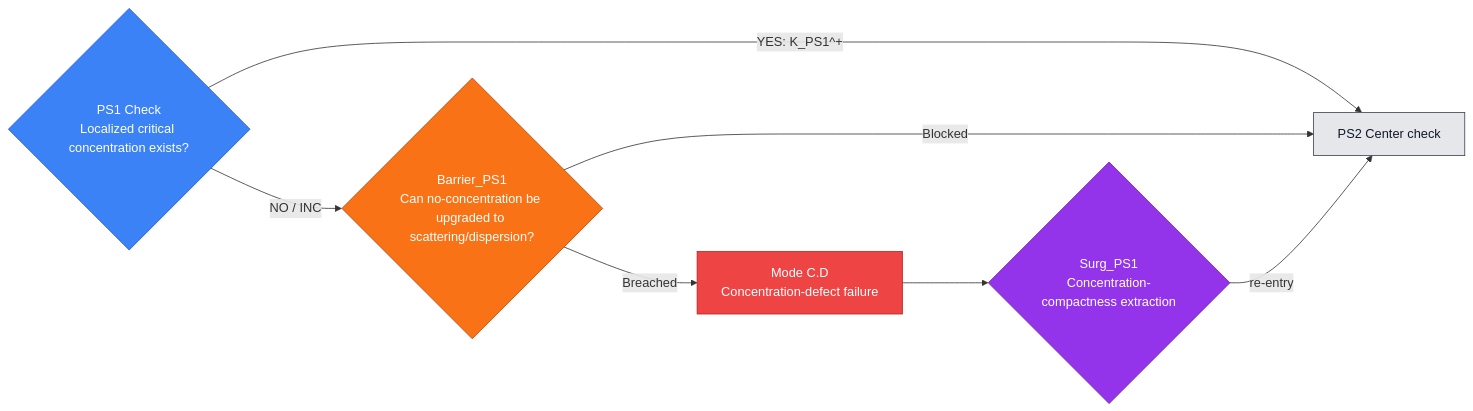
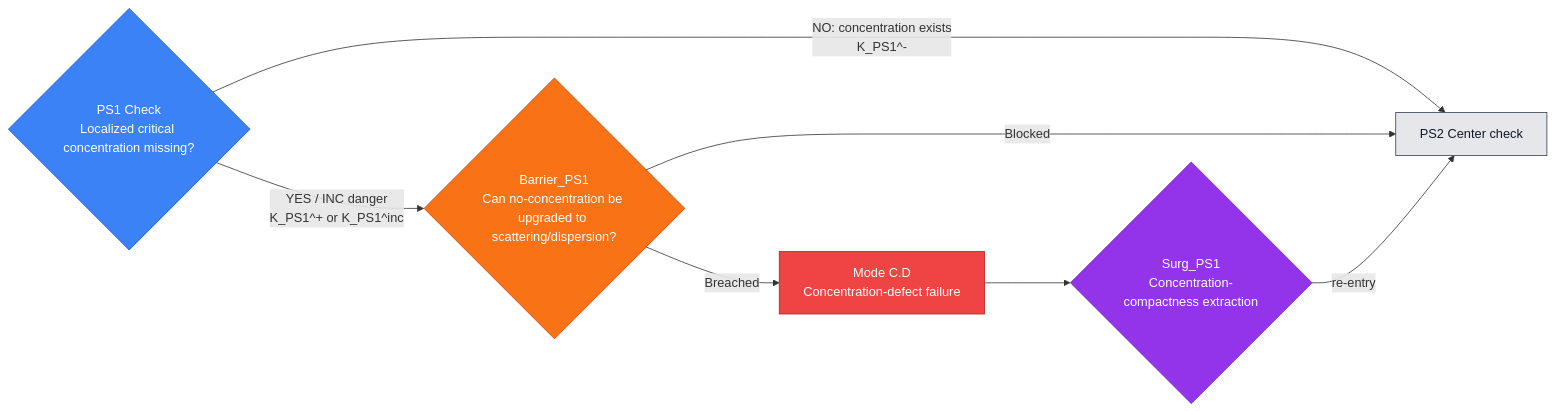
The seventh of 54 diagrams in docs/source/1_hypostructure_formalism/edits/new_sieve.md (Guillemdb/hypostructure), drawn with Mermaid before and after one commit. The commit also changed other lines of this file, not shown here.

````diff
--- a/docs/source/1_hypostructure_formalism/edits/new_sieve.md
+++ b/docs/source/1_hypostructure_formalism/edits/new_sieve.md
@@ -1080,23 +1099,23 @@
 ```mermaid
 flowchart LR
-    C{"PS1 Check<br/>Localized critical concentration exists?"}
-    C -- "YES: K_PS1^+" --> N["PS2 Center check"]
-    C -- "NO / INC" --> B{"Barrier_PS1<br/>Can no-concentration be upgraded to scattering/dispersion?"}
+    C{"PS1 Check<br/>Localized critical concentration missing?"}
+    C -- "NO: concentration exists<br/>K_PS1^-" --> N["PS2 Center check"]
+    C -- "YES / INC danger<br/>K_PS1^+ or K_PS1^inc" --> B{"Barrier_PS1<br/>Can no-concentration be upgraded to scattering/dispersion?"}
     B -- "Blocked" --> N
     B -- "Breached" --> M["Mode C.D<br/>Concentration-defect failure"]
     M --> S{"Surg_PS1<br/>Concentration-compactness extraction"}
     S -- "re-entry" --> N
 
     classDef check fill:#3b82f6,stroke:#1d4ed8,color:#ffffff;
     classDef barrier fill:#f97316,stroke:#c2410c,color:#ffffff;
     classDef mode fill:#ef4444,stroke:#b91c1c,color:#ffffff;
     classDef surgery fill:#9333ea,stroke:#6b21a8,color:#ffffff;
     classDef next fill:#e5e7eb,stroke:#374151,color:#111827;
     classDef terminal fill:#fef3c7,stroke:#d97706,color:#111827;
 
     class C check;
     class B barrier;
     class M mode;
     class S surgery;
     class N next;
 ```
````
